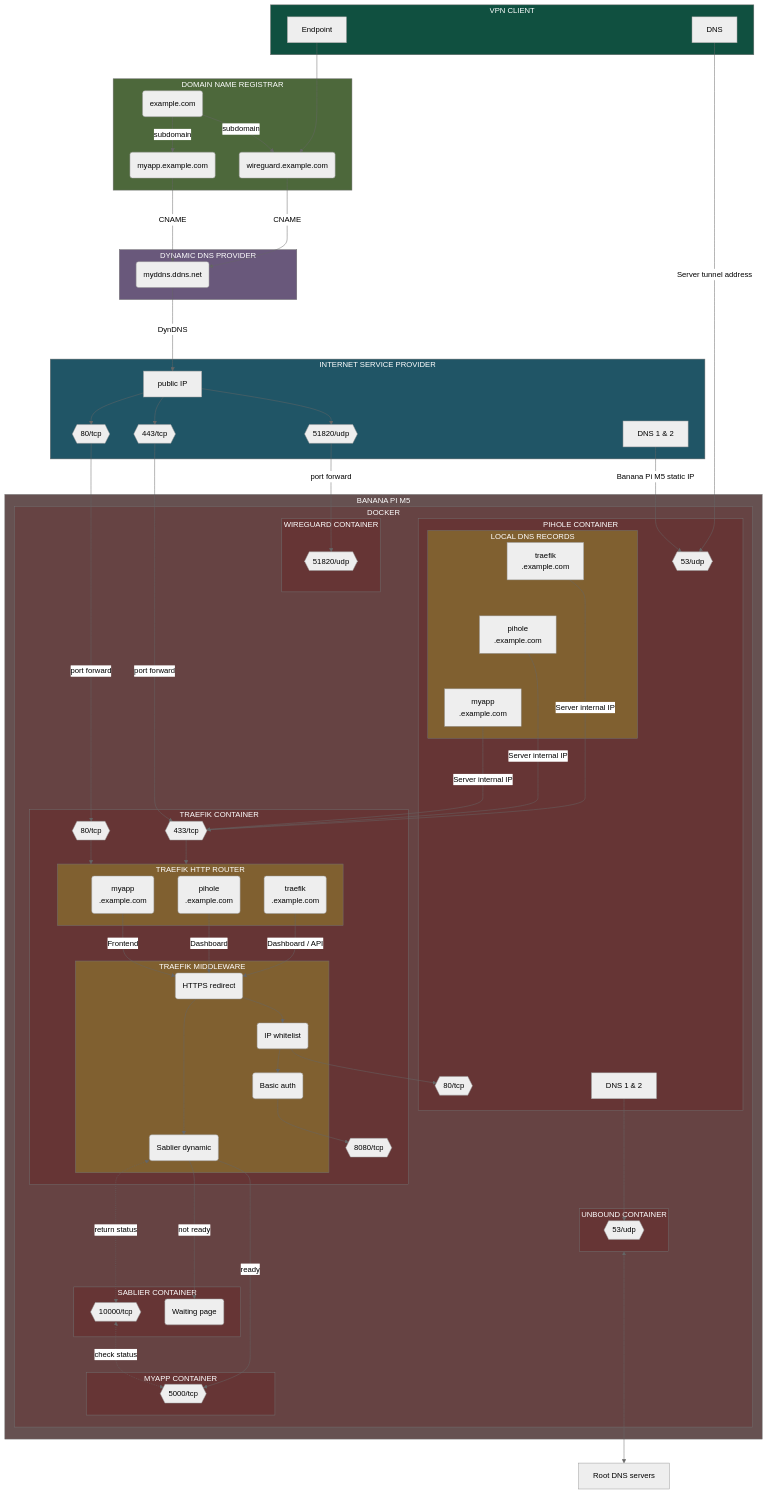
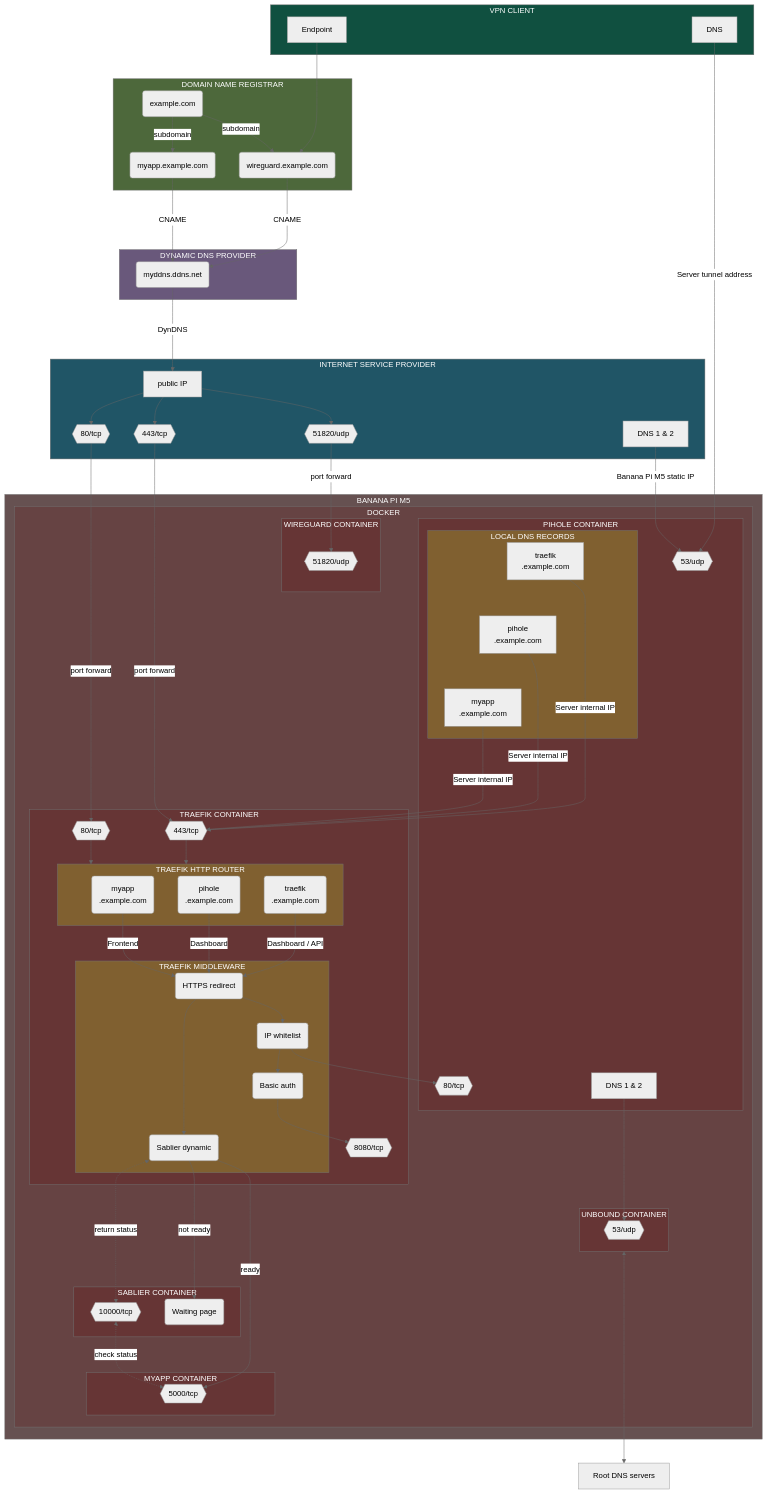
The first of 20 diagrams in README.md (Yann39/self-hosted), drawn with Mermaid (neutral theme) before and after one commit. The commit also changed other lines of this file, not shown here.

```diff
--- a/README.md
+++ b/README.md
@@ -228,7 +230,7 @@
     DOCKER_MYAPP_PORT5000{{5000/tcp}}
     DOCKER_PIHOLE_PORT80{{80/tcp}}
     DOCKER_PIHOLE_PORT53{{53/udp}}
-    DOCKER_TRAEFIK_PORT443{{433/tcp}}
+    DOCKER_TRAEFIK_PORT443{{443/tcp}}
     DOCKER_TRAEFIK_PORT80{{80/tcp}}
     DOCKER_TRAEFIK_PORT8080{{8080/tcp}}
     DOCKER_UNBOUND_PORT53{{53/udp}}
@@ -293,9 +295,7 @@
 
             subgraph PIHOLE_CONTAINER[PIHOLE CONTAINER]
                 subgraph PIHOLE_DNS_RECORDS[LOCAL DNS RECORDS]
-                    PIHOLE_DNS_TRAEFIK ~~~
-                    PIHOLE_DNS_PIHOLE ~~~
-                    PIHOLE_DNS_MYAPP
+                    PIHOLE_DNS_TRAEFIK ~~~ PIHOLE_DNS_PIHOLE ~~~ PIHOLE_DNS_MYAPP
                 end
                 DOCKER_PIHOLE_PORT53
                 DOCKER_PIHOLE_PORT80
```
